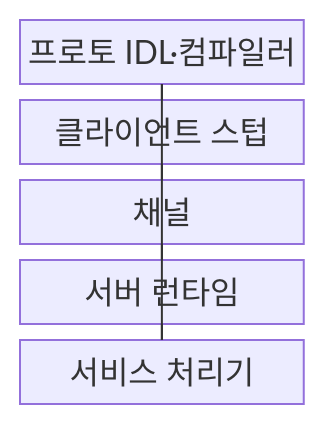
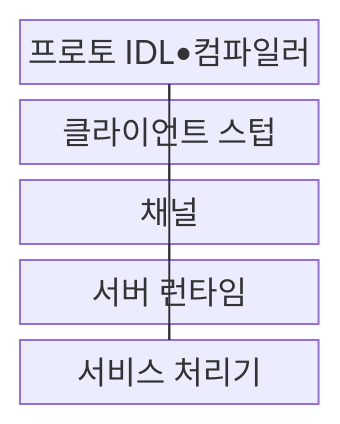
The first of 2 diagrams in src/content/docs/notes/03-software/173_grpc.md (agnusdei1207/knowledge-base), drawn with Mermaid before and after one commit. The commit also changed other lines of this file and 953 other files, not shown here.

````diff
--- a/src/content/docs/notes/03-software/173_grpc.md
+++ b/src/content/docs/notes/03-software/173_grpc.md
@@ -69,14 +69,14 @@
 ```mermaid
 block
     columns 1
-    A["프로토 IDL·컴파일러"]
+    A["프로토 IDL•컴파일러"]
     B["클라이언트 스텁"]
     C["채널"]
     D["서버 런타임"]
     E["서비스 처리기"]
     A --- B
     A --- E
     B --- C
     C --- D
     D --- E
 ```
````
